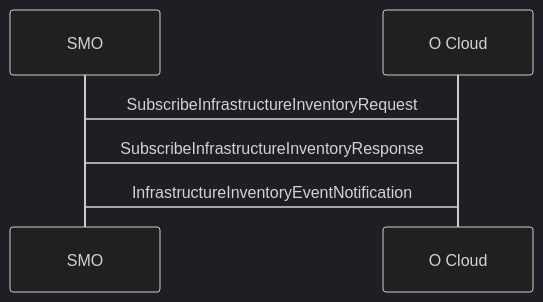
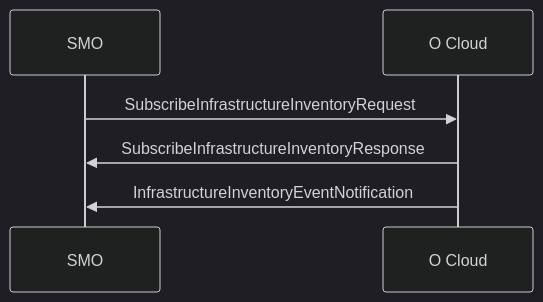
Before and after one commit to NTUST-BMW-Lab/documentation-book: the second of 7 diagrams in O-RAN/O2 Interface/2_O2ims_Services.md, drawn with Mermaid (dark theme). The commit also changed other lines of this file, not shown here.

````diff
--- a/O-RAN/O2 Interface/2_O2ims_Services.md
+++ b/O-RAN/O2 Interface/2_O2ims_Services.md
@@ -65,6 +65,6 @@
 ```mermaid
 sequenceDiagram
-SMO->O Cloud: SubscribeInfrastructureInventoryRequest
-O Cloud->SMO: SubscribeInfrastructureInventoryResponse
-O Cloud->SMO: InfrastructureInventoryEventNotification
+SMO->>O Cloud: SubscribeInfrastructureInventoryRequest
+O Cloud->>SMO: SubscribeInfrastructureInventoryResponse
+O Cloud->>SMO: InfrastructureInventoryEventNotification
 ```
````
